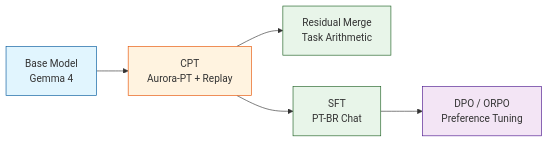
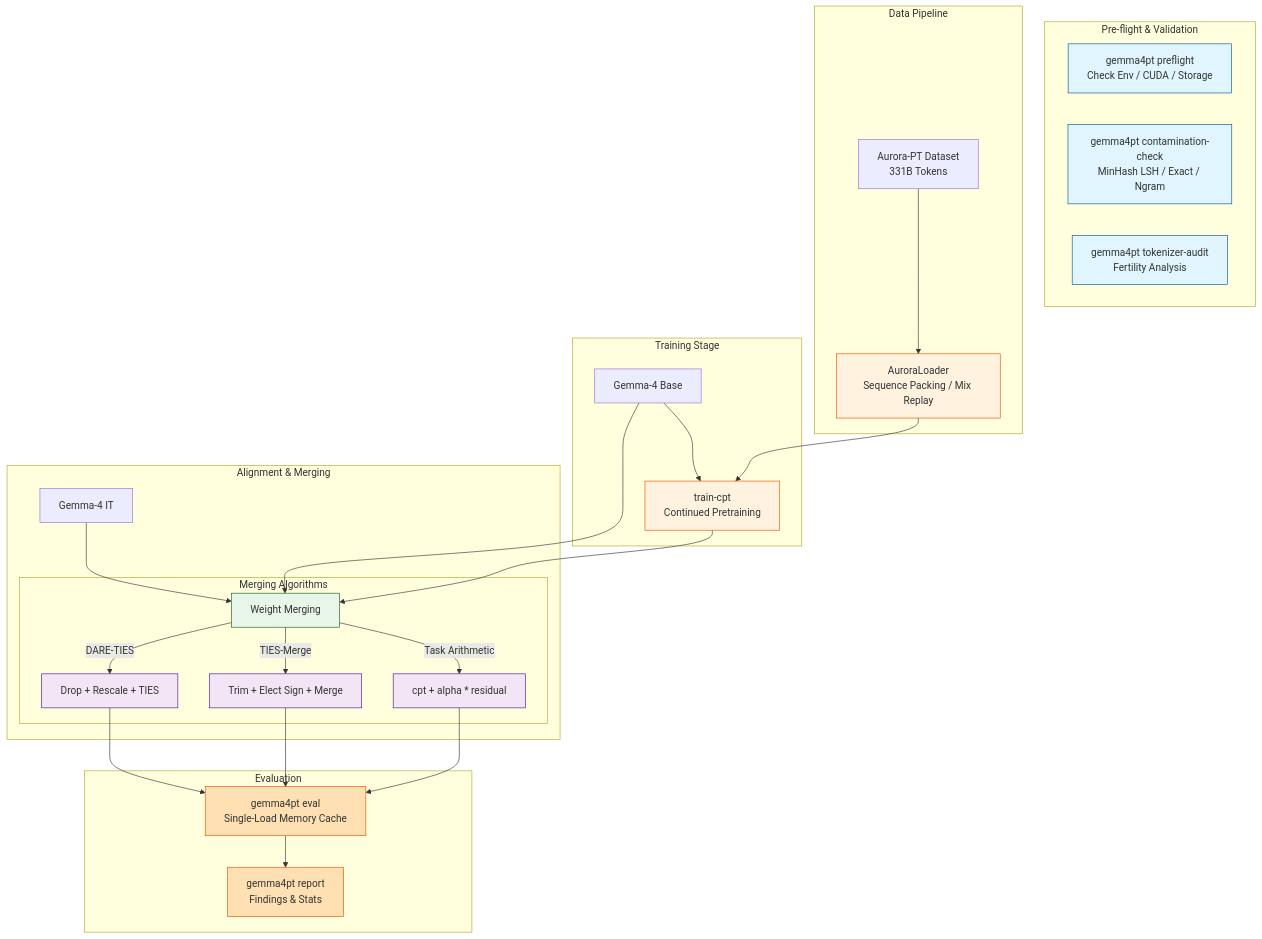
One commit to vfcarida/Adapting-Gemma-4-to-Brazilian-Portuguese changed the diagram in README.md. Above: the diagram before and after it, drawn with Mermaid. The commit also changed other lines of this file and 8 other files, not shown here.

````diff
--- a/README.md
+++ b/README.md
@@ -19,13 +19,46 @@
 ```mermaid
-graph LR
-    A[Base Model<br>Gemma 4] --> B[CPT<br>Aurora-PT + Replay]
-    B --> C[Residual Merge<br>Task Arithmetic]
-    B --> D[SFT<br>PT-BR Chat]
-    D --> E[DPO / ORPO<br>Preference Tuning]
-    
-    style A fill:#e1f5fe,stroke:#01579b
-    style B fill:#fff3e0,stroke:#e65100
-    style C fill:#e8f5e9,stroke:#1b5e20
-    style D fill:#e8f5e9,stroke:#1b5e20
-    style E fill:#f3e5f5,stroke:#4a148c
+graph TD
+    subgraph Pre-flight & Validation
+        PF[gemma4pt preflight<br>Check Env / CUDA / Storage]
+        DC[gemma4pt contamination-check<br>MinHash LSH / Exact / Ngram]
+        TA[gemma4pt tokenizer-audit<br>Fertility Analysis]
+    end
+
+    subgraph Data Pipeline
+        AP[Aurora-PT Dataset<br>331B Tokens] --> LB[AuroraLoader<br>Sequence Packing / Mix Replay]
+    end
+
+    subgraph Training Stage
+        GM[Gemma-4 Base] --> CPT[train-cpt<br>Continued Pretraining]
+        LB --> CPT
+    end
+
+    subgraph Alignment & Merging
+        CPT --> AM[Weight Merging]
+        GM --> AM
+        IT[Gemma-4 IT] --> AM
+        
+        subgraph Merging Algorithms
+            AM --> |Task Arithmetic| TA_M[cpt + alpha * residual]
+            AM --> |TIES-Merge| TI_M[Trim + Elect Sign + Merge]
+            AM --> |DARE-TIES| DT_M[Drop + Rescale + TIES]
+        end
+    end
+
+    subgraph Evaluation
+        TA_M & TI_M & DT_M --> EV[gemma4pt eval<br>Single-Load Memory Cache]
+        EV --> RB[gemma4pt report<br>Findings & Stats]
+    end
+
+    style PF fill:#e1f5fe,stroke:#01579b
+    style DC fill:#e1f5fe,stroke:#01579b
+    style TA fill:#e1f5fe,stroke:#01579b
+    style LB fill:#fff3e0,stroke:#e65100
+    style CPT fill:#fff3e0,stroke:#e65100
+    style AM fill:#e8f5e9,stroke:#1b5e20
+    style TA_M fill:#f3e5f5,stroke:#4a148c
+    style TI_M fill:#f3e5f5,stroke:#4a148c
+    style DT_M fill:#f3e5f5,stroke:#4a148c
+    style EV fill:#ffe0b2,stroke:#e65100
+    style RB fill:#ffe0b2,stroke:#e65100
 ```
````
